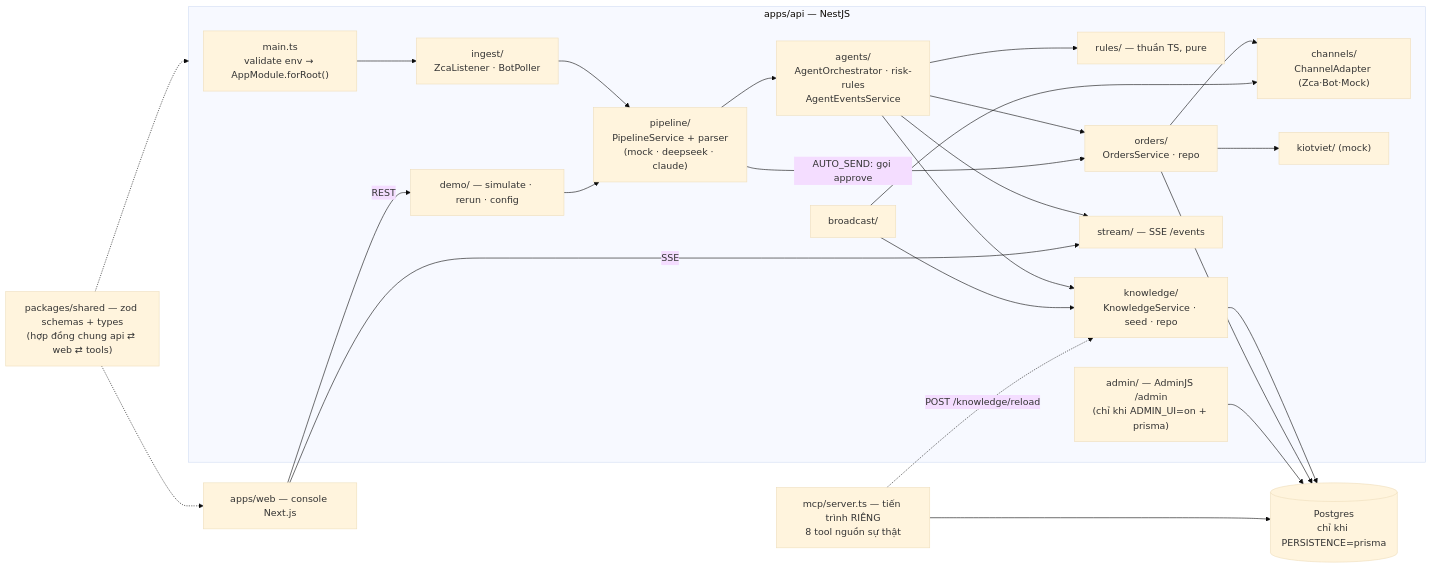
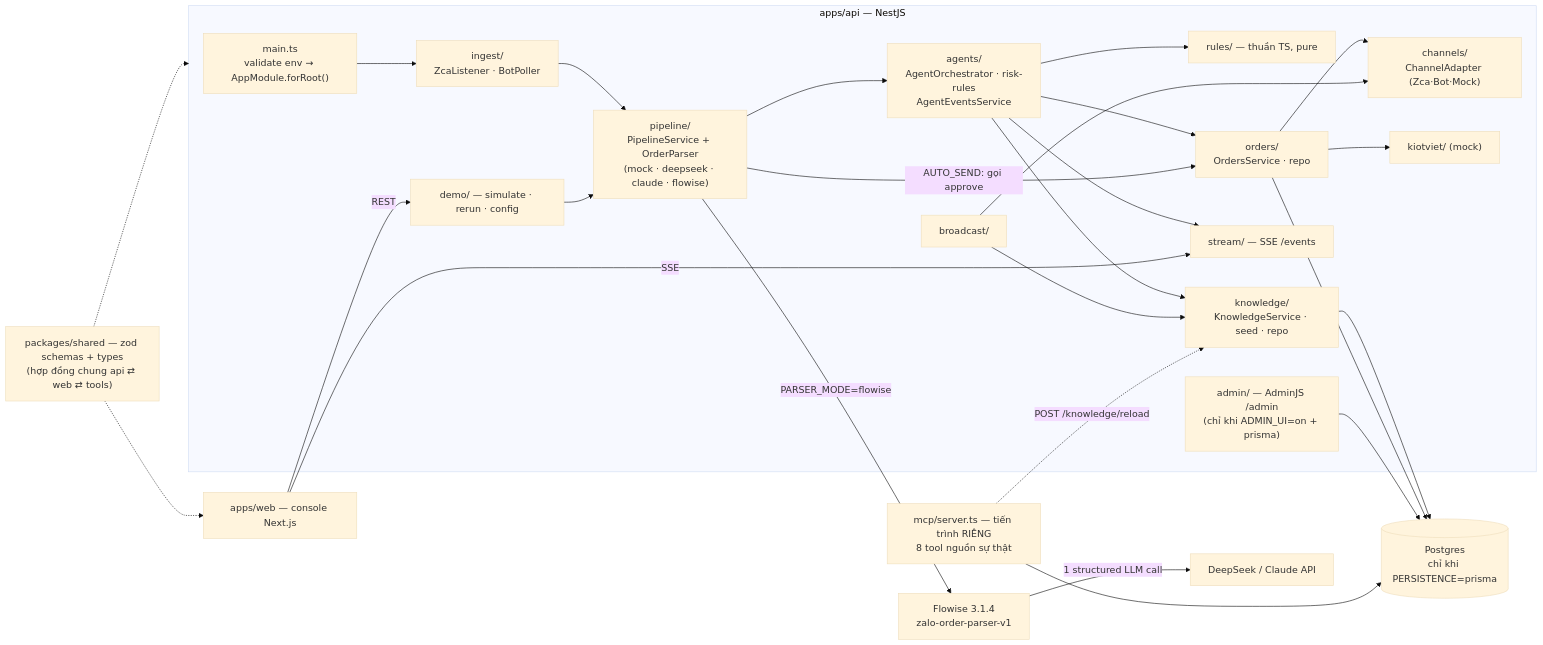
One commit to phungtienviet14-sketch/nexagnet-platform changed the third of 12 diagrams in docs/so-do-he-thong.md. Above: the diagram before and after it, drawn with Mermaid (base theme). The commit also changed other lines of this file and 43 other files, not shown here.

Commit message:
feat: integrate Flowise parser and GCP pilot stack

````diff
--- a/docs/so-do-he-thong.md
+++ b/docs/so-do-he-thong.md
@@ -139,44 +143,48 @@
 ```mermaid
 flowchart LR
     subgraph APIAPP["apps/api — NestJS"]
         MAIN["main.ts<br/>validate env → AppModule.forRoot()"]
         ING2["ingest/<br/>ZcaListener · BotPoller"]
-        PIP2["pipeline/<br/>PipelineService + parser<br/>(mock · deepseek · claude)"]
+        PIP2["pipeline/<br/>PipelineService + OrderParser<br/>(mock · deepseek · claude · flowise)"]
         AGE2["agents/<br/>AgentOrchestrator · risk-rules<br/>AgentEventsService"]
         RUL2["rules/ — thuần TS, pure"]
         KNO2["knowledge/<br/>KnowledgeService · seed · repo"]
         ORD2["orders/<br/>OrdersService · repo"]
         CHA2["channels/<br/>ChannelAdapter (Zca·Bot·Mock)"]
         KIO2["kiotviet/ (mock)"]
         BRO2["broadcast/"]
         STR2["stream/ — SSE /events"]
         DEM2["demo/ — simulate · rerun · config"]
         ADM2["admin/ — AdminJS /admin<br/>(chỉ khi ADMIN_UI=on + prisma)"]
     end
     MCP2["mcp/server.ts — tiến trình RIÊNG<br/>8 tool nguồn sự thật"]
     WEB2["apps/web — console Next.js"]
     SHA2["packages/shared — zod schemas + types<br/>(hợp đồng chung api ⇄ web ⇄ tools)"]
     PG2[("Postgres<br/>chỉ khi PERSISTENCE=prisma")]
+    FLO2["Flowise 3.1.4<br/>zalo-order-parser-v1"]
+    LLM2["DeepSeek / Claude API"]
 
     MAIN --> ING2
     ING2 --> PIP2 --> AGE2
+    PIP2 -->|"PARSER_MODE=flowise"| FLO2
+    FLO2 -->|"1 structured LLM call"| LLM2
     AGE2 --> RUL2
     AGE2 --> KNO2
     AGE2 --> ORD2
     PIP2 -->|"AUTO_SEND: gọi approve"| ORD2
     DEM2 --> PIP2
     ORD2 --> CHA2
     ORD2 --> KIO2
     BRO2 --> CHA2
     BRO2 --> KNO2
     AGE2 --> STR2
     KNO2 --> PG2
     ORD2 --> PG2
     ADM2 --> PG2
     MCP2 --> PG2
     MCP2 -.->|"POST /knowledge/reload"| KNO2
     WEB2 -->|REST| DEM2
     WEB2 -->|SSE| STR2
     SHA2 -.-> APIAPP
     SHA2 -.-> WEB2
 ```
````
